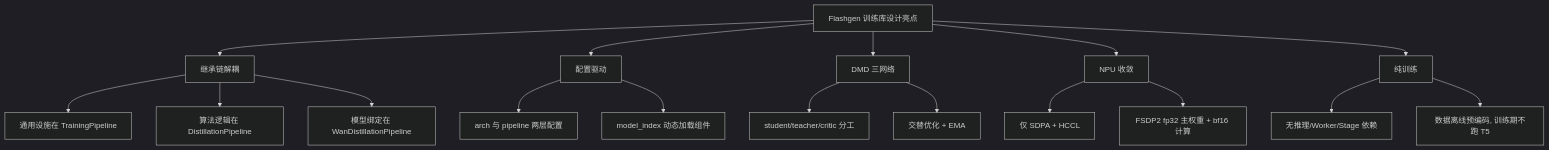
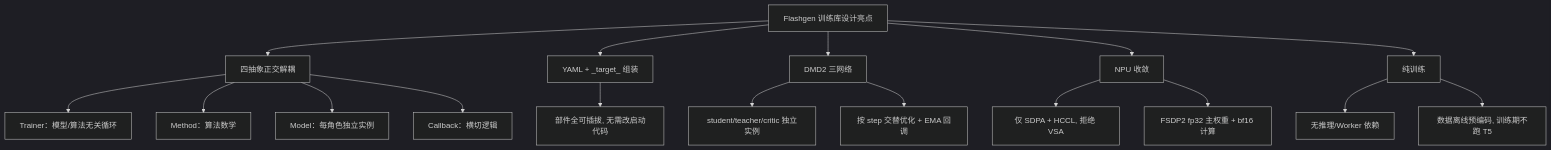
Before and after one commit to Huangzjun/FlashGen: the seventh of 7 diagrams in docs/架构设计.md, drawn with Mermaid (dark theme). The commit also changed other lines of this file and 42 other files, not shown here.

````diff
--- a/docs/架构设计.md
+++ b/docs/架构设计.md
@@ -607,20 +605,20 @@
 ```mermaid
 flowchart TD
     ROOT["Flashgen 训练库设计亮点"]
-    ROOT --> A["继承链解耦"]
-    A --> A1["通用设施在 TrainingPipeline"]
-    A --> A2["算法逻辑在 DistillationPipeline"]
-    A --> A3["模型绑定在 WanDistillationPipeline"]
-    ROOT --> B["配置驱动"]
-    B --> B1["arch 与 pipeline 两层配置"]
-    B --> B2["model_index 动态加载组件"]
-    ROOT --> C["DMD 三网络"]
-    C --> C1["student/teacher/critic 分工"]
-    C --> C2["交替优化 + EMA"]
+    ROOT --> A["四抽象正交解耦"]
+    A --> A1["Trainer：模型/算法无关循环"]
+    A --> A2["Method：算法数学"]
+    A --> A3["Model：每角色独立实例"]
+    A --> A4["Callback：横切逻辑"]
+    ROOT --> B["YAML + _target_ 组装"]
+    B --> B1["部件全可插拔, 无需改启动代码"]
+    ROOT --> C["DMD2 三网络"]
+    C --> C1["student/teacher/critic 独立实例"]
+    C --> C2["按 step 交替优化 + EMA 回调"]
     ROOT --> D["NPU 收敛"]
-    D --> D1["仅 SDPA + HCCL"]
+    D --> D1["仅 SDPA + HCCL, 拒绝 VSA"]
     D --> D2["FSDP2 fp32 主权重 + bf16 计算"]
     ROOT --> E["纯训练"]
-    E --> E1["无推理/Worker/Stage 依赖"]
+    E --> E1["无推理/Worker 依赖"]
     E --> E2["数据离线预编码, 训练期不跑 T5"]
 ```
````
